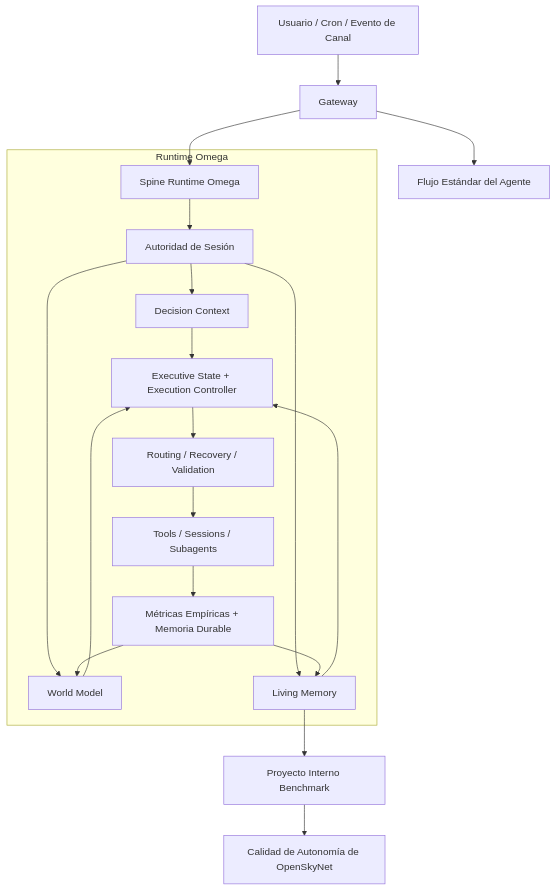
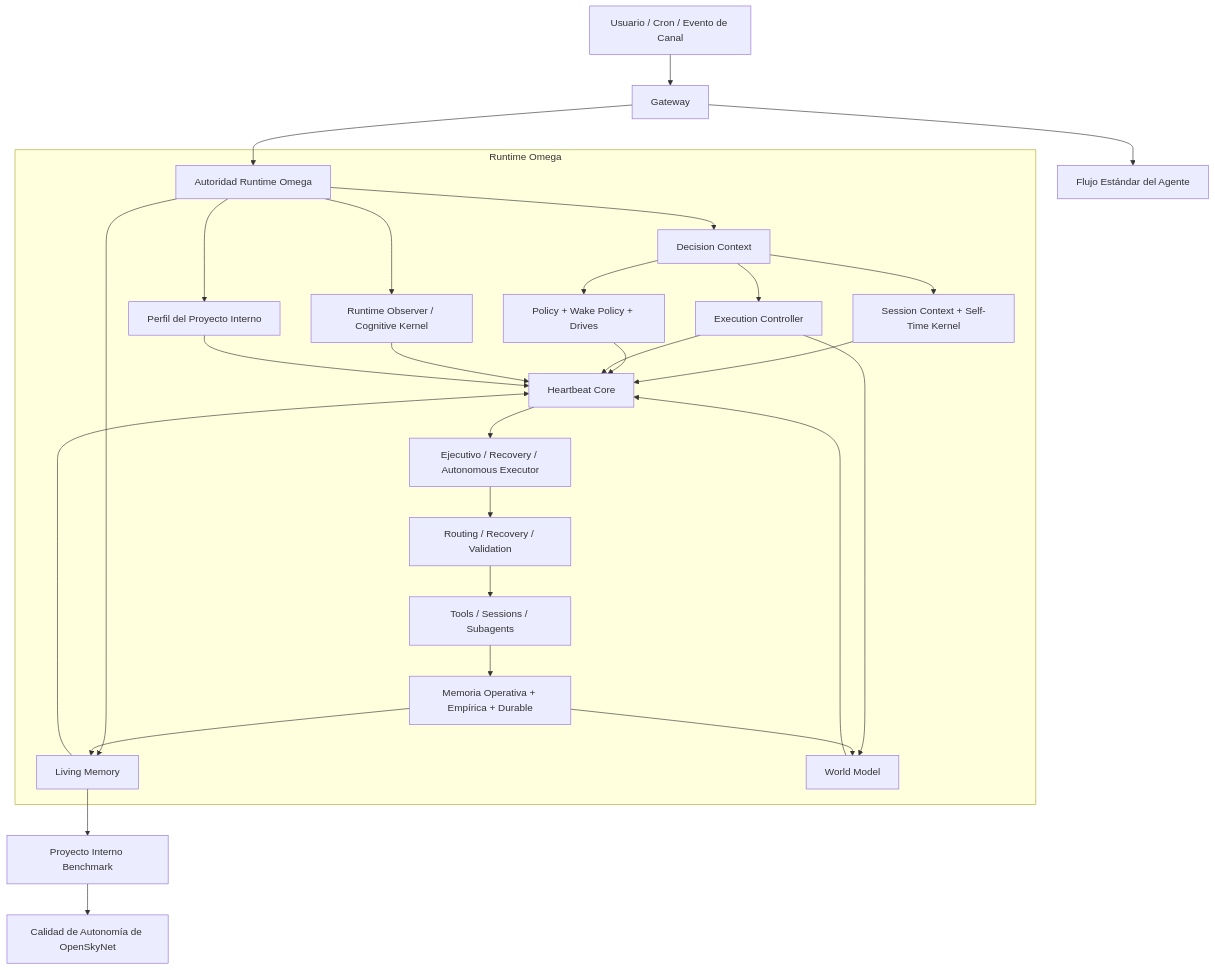
One commit to skynet-omega/openskynet changed the diagram in README.es.md. Above: the diagram before and after it, drawn with Mermaid. The commit also changed other lines of this file and 1 other file, not shown here.

Commit message:
Tighten README architecture and Brain Lab wording

````diff
--- a/README.es.md
+++ b/README.es.md
@@ -106,26 +121,36 @@
 ```mermaid
 graph TD
     User[Usuario / Cron / Evento de Canal] --> Gateway[Gateway]
     Gateway --> Agent[Flujo Estándar del Agente]
-    Gateway --> Omega[Spine Runtime Omega]
+    Gateway --> Authority[Autoridad Runtime Omega]
 
     subgraph Runtime Omega
-        Omega --> Session[Autoridad de Sesión]
-        Session --> Decision[Decision Context]
-        Session --> World[World Model]
-        Session --> Living[Living Memory]
+        Authority --> Project[Perfil del Proyecto Interno]
+        Authority --> Decision[Decision Context]
+        Authority --> Living[Living Memory]
+        Authority --> Observer[Runtime Observer / Cognitive Kernel]
 
-        Decision --> Executive[Executive State + Execution Controller]
-        World --> Executive
-        Living --> Executive
+        Decision --> Session[Session Context + Self-Time Kernel]
+        Decision --> Policy[Policy + Wake Policy + Drives]
+        Decision --> Controller[Execution Controller]
+        Controller --> World[World Model]
 
+        Session --> Heartbeat[Heartbeat Core]
+        Policy --> Heartbeat
+        Controller --> Heartbeat
+        World --> Heartbeat
+        Living --> Heartbeat
+        Observer --> Heartbeat
+        Project --> Heartbeat
+
+        Heartbeat --> Executive[Ejecutivo / Recovery / Autonomous Executor]
         Executive --> Route[Routing / Recovery / Validation]
         Route --> Work[Tools / Sessions / Subagents]
-        Work --> Metrics[Métricas Empíricas + Memoria Durable]
+        Work --> Metrics[Memoria Operativa + Empírica + Durable]
         Metrics --> World
         Metrics --> Living
     end
 
     Living --> Internal[Proyecto Interno Benchmark]
     Internal --> OpenSkyNet[Calidad de Autonomía de OpenSkyNet]
 ```
````
